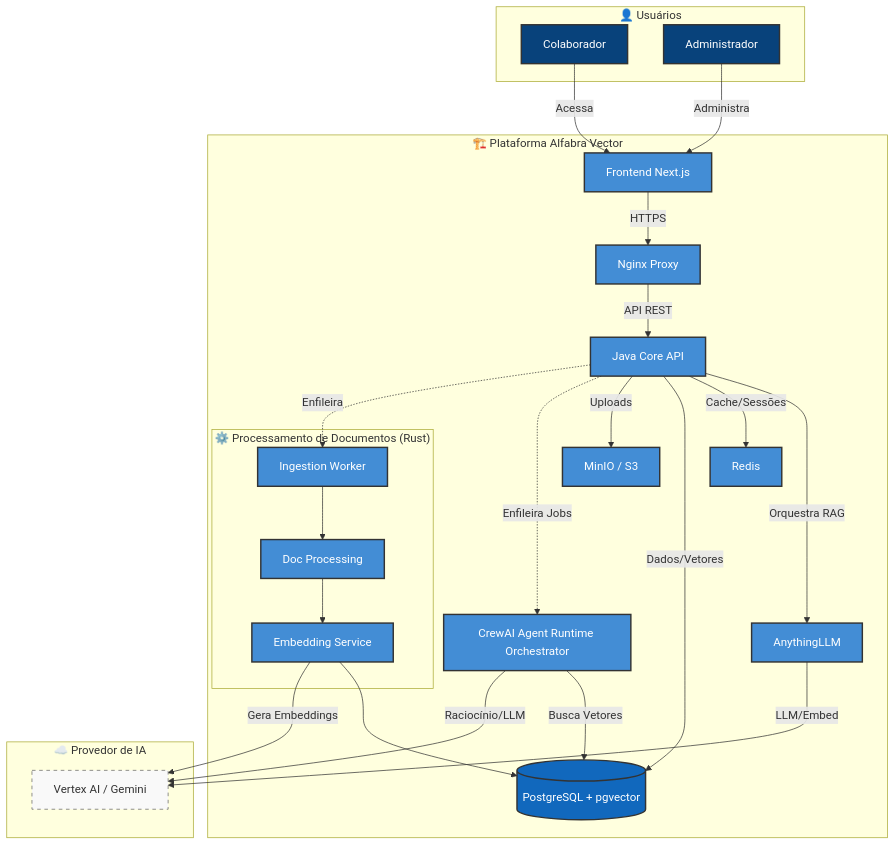
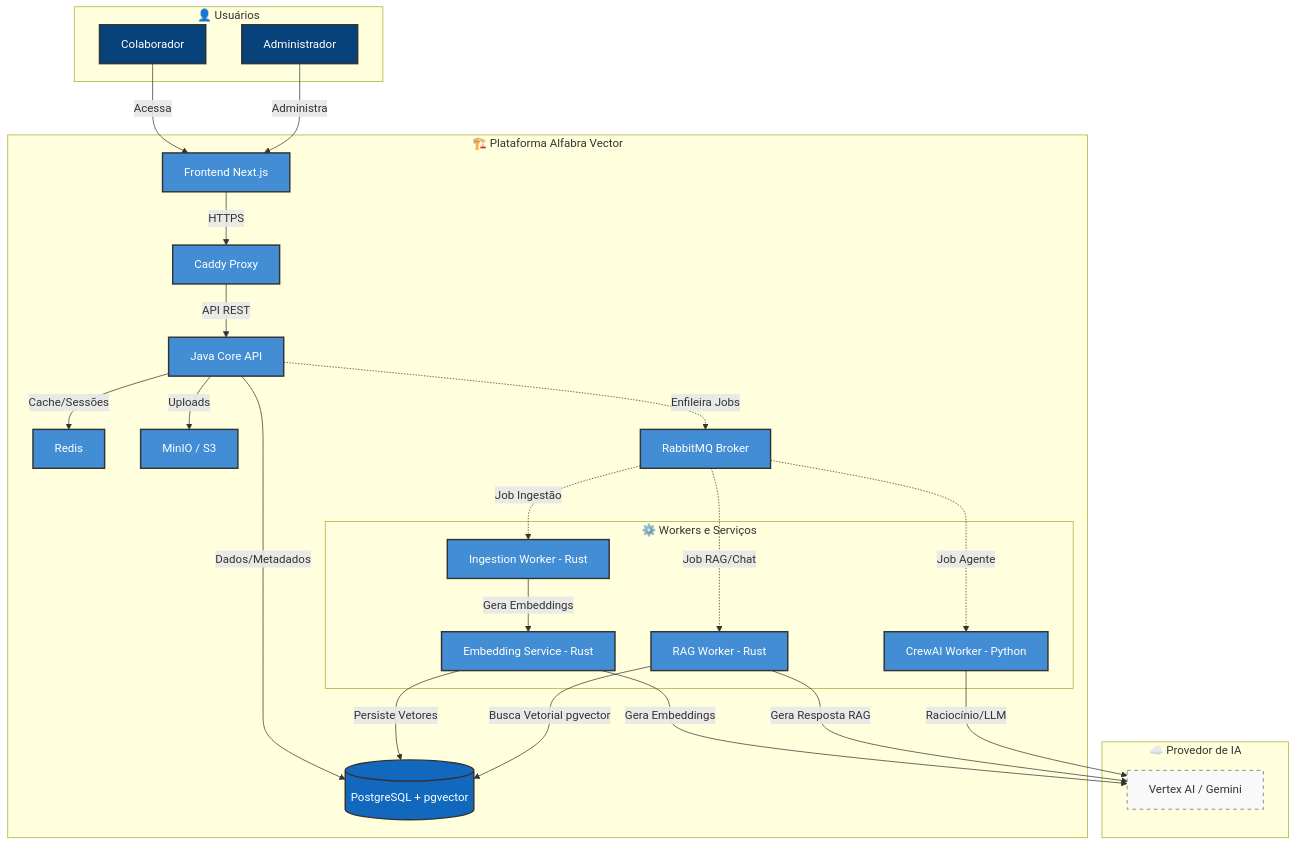
Before and after one commit to Tavaressan/delphos: the diagram in README.md, drawn with Mermaid. The commit also changed other lines of this file, not shown here.

Commit message:
docs: update system architecture diagram and directory layout in README.md

````diff
--- a/README.md
+++ b/README.md
@@ -11,51 +11,53 @@
 ```mermaid
 graph TD
     subgraph Users ["👤 Usuários"]
         U[Colaborador]
         A[Administrador]
     end
 
     U -->|Acessa| FE[Frontend Next.js]
     A -->|Administra| FE
 
     subgraph Platform ["🏗️ Plataforma Alfabra Vector"]
-        FE -->|HTTPS| NX[Nginx Proxy]
-        NX -->|API REST| JC[Java Core API]
+        FE -->|HTTPS| CX[Caddy Proxy]
+        CX -->|API REST| JC[Java Core API]
         
-        JC -->|Orquestra RAG| AL[AnythingLLM]
         JC -->|Cache/Sessões| RD[Redis]
-        JC -->|Dados/Vetores| PG[(PostgreSQL + pgvector)]
+        JC -->|Dados/Metadados| PG[(PostgreSQL + pgvector)]
         JC -->|Uploads| MO[MinIO / S3]
-        JC -.->|Enfileira Jobs| CA[CrewAI Agent Runtime Orchestrator]
+        JC -.->|Enfileira Jobs| RMQ[RabbitMQ Broker]
 
-        subgraph Processing ["⚙️ Processamento de Documentos (Rust)"]
-            RW[Ingestion Worker]
-            DP[Doc Processing]
-            ES[Embedding Service]
+        subgraph Processors ["⚙️ Workers e Serviços"]
+            IW[Ingestion Worker - Rust]
+            RGW[RAG Worker - Rust]
+            CW[CrewAI Worker - Python]
+            ES[Embedding Service - Rust]
         end
 
-        JC -.->|Enfileira| RW
-        RW --> DP
-        DP --> ES
-        ES --> PG
-        CA -->|Busca Vetores| PG
+        RMQ -.->|Job Ingestão| IW
+        RMQ -.->|Job RAG/Chat| RGW
+        RMQ -.->|Job Agente| CW
+
+        IW -->|Gera Embeddings| ES
+        ES -->|Persiste Vetores| PG
+        RGW -->|Busca Vetorial pgvector| PG
     end
 
     subgraph External ["☁️ Provedor de IA"]
         VAI[Vertex AI / Gemini]
     end
 
-    AL -->|LLM/Embed| VAI
     ES -->|Gera Embeddings| VAI
-    CA -->|Raciocínio/LLM| VAI
+    RGW -->|Gera Resposta RAG| VAI
+    CW -->|Raciocínio/LLM| VAI
 
     classDef user fill:#08427b,color:#fff,stroke:#333,stroke-width:2px;
     classDef platform fill:#438dd5,color:#fff,stroke:#333,stroke-width:2px;
     classDef db fill:#1168bd,color:#fff,stroke:#333,stroke-width:2px;
     classDef external fill:#f9f9f9,color:#333,stroke:#666,stroke-dasharray: 5 5;
 
     class U,A user;
-    class FE,NX,JC,AL,MO,RD,RW,DP,ES,CA platform;
+    class FE,CX,JC,MO,RD,IW,RGW,CW,ES,RMQ platform;
     class PG db;
     class VAI external;
 ```
````
